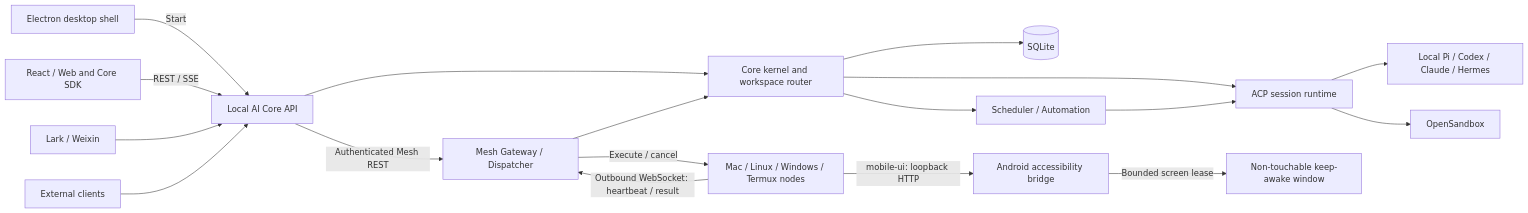
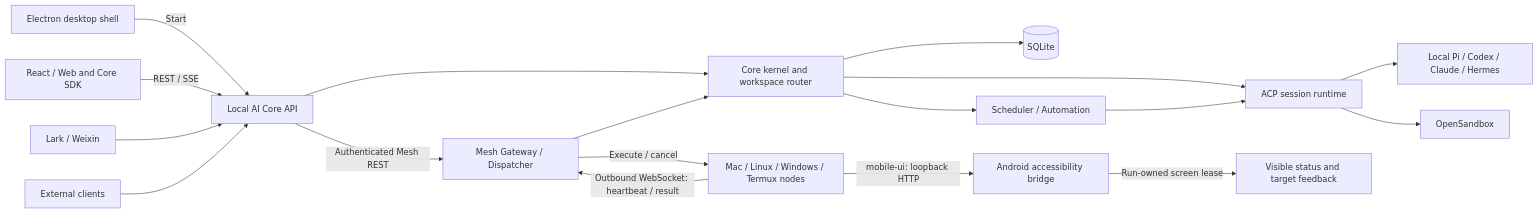
One commit to helloimcx/agentdock changed the diagram in docs/architecture/overview.md. Above: the diagram before and after it, drawn with Mermaid. The commit also changed other lines of this file and 25 other files, not shown here.

````diff
--- a/docs/architecture/overview.md
+++ b/docs/architecture/overview.md
@@ -22,20 +22,20 @@
 ```mermaid
 flowchart LR
   electron[Electron desktop shell] -->|Start| api[Local AI Core API]
   renderer[React / Web and Core SDK] -->|REST / SSE| api
   channels[Lark / Weixin] --> api
   external[External clients] --> api
   api --> kernel[Core kernel and workspace router]
   kernel --> sqlite[(SQLite)]
   kernel --> acp[ACP session runtime]
   kernel --> scheduler[Scheduler / Automation]
   scheduler --> acp
   acp --> agents[Local Pi / Codex / Claude / Hermes]
   acp --> sandbox[OpenSandbox]
   api -->|Authenticated Mesh REST| mesh[Mesh Gateway / Dispatcher]
   mesh --> kernel
   nodes[Mac / Linux / Windows / Termux nodes] -->|Outbound WebSocket: heartbeat / result| mesh
   mesh -->|Execute / cancel| nodes
   nodes -->|mobile-ui: loopback HTTP| a11y[Android accessibility bridge]
-  a11y -->|Bounded screen lease| screen[Non-touchable keep-awake window]
+  a11y -->|Run-owned screen lease| screen[Visible status and target feedback]
 ```
````
